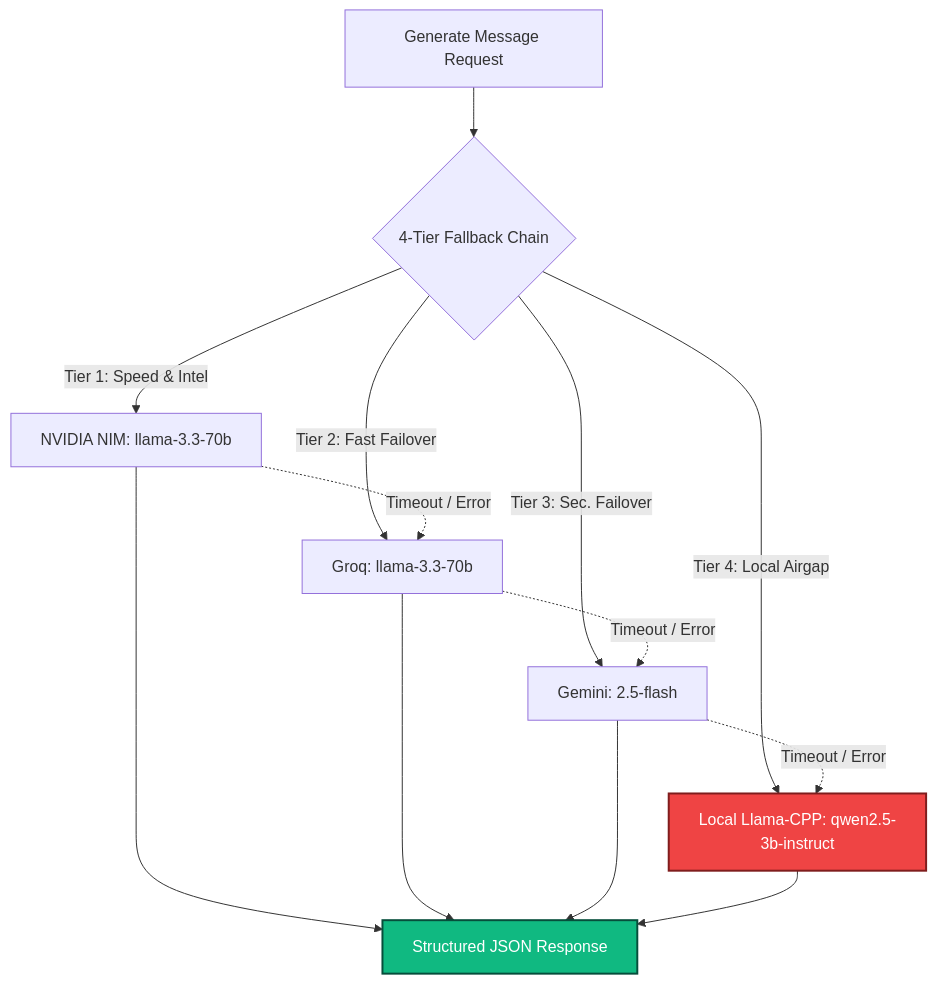
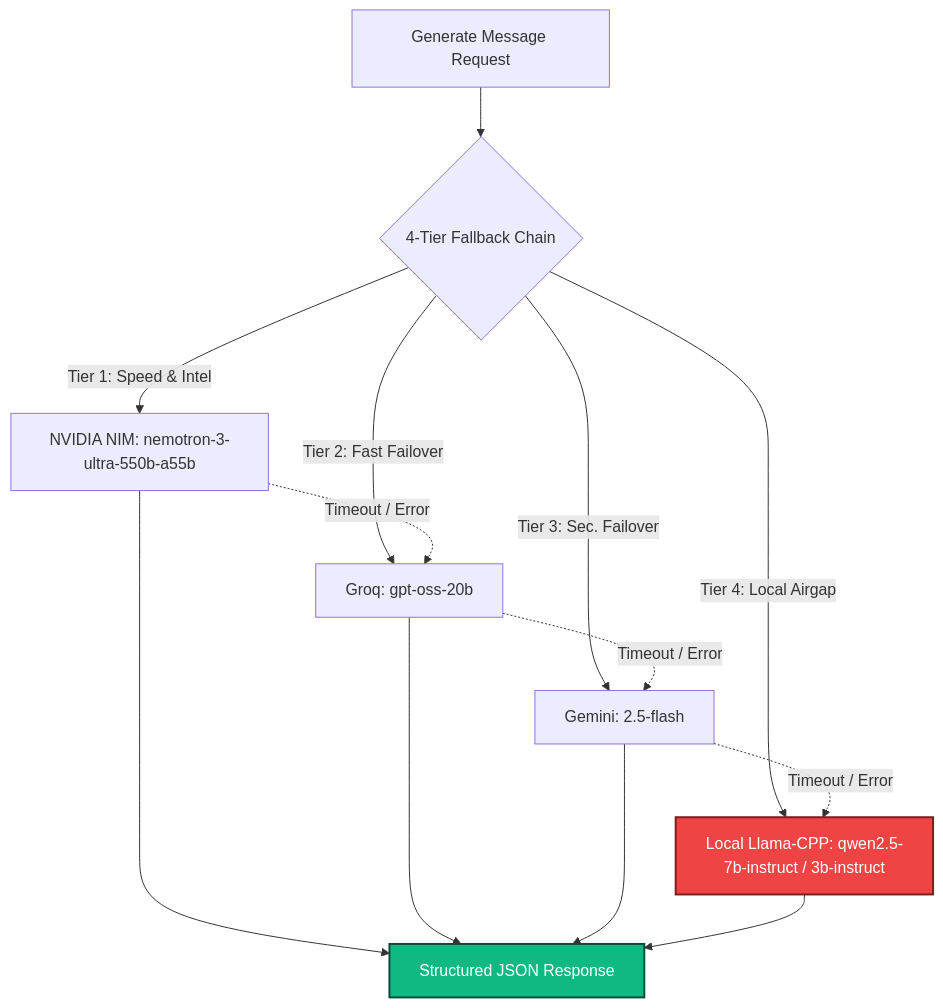
The second of 2 diagrams in architecture.md (IDKHowToCodeFR/vera-engine), drawn with Mermaid before and after one commit. The commit also changed other lines of this file and 1 other file, not shown here.

Commit message:
docs: update architecture and README with actual model strings

````diff
--- a/architecture.md
+++ b/architecture.md
@@ -112,18 +112,18 @@
 ```mermaid
 flowchart TD
     A[Generate Message Request] --> B{4-Tier Fallback Chain}
-    B -->|Tier 1: Speed & Intel| C[NVIDIA NIM: llama-3.3-70b]
-    B -->|Tier 2: Fast Failover| D[Groq: llama-3.3-70b]
+    B -->|Tier 1: Speed & Intel| C[NVIDIA NIM: nemotron-3-ultra-550b-a55b]
+    B -->|Tier 2: Fast Failover| D[Groq: gpt-oss-20b]
     B -->|Tier 3: Sec. Failover| E[Gemini: 2.5-flash]
-    B -->|Tier 4: Local Airgap| F[Local Llama-CPP: qwen2.5-3b-instruct]
+    B -->|Tier 4: Local Airgap| F[Local Llama-CPP: qwen2.5-7b-instruct / 3b-instruct]
 
     C -.->|Timeout / Error| D
     D -.->|Timeout / Error| E
     E -.->|Timeout / Error| F
     
     C & D & E & F --> H[Structured JSON Response]
 
     %% Modern UI Colors
     style F fill:#ef4444,stroke:#7f1d1d,stroke-width:2px,color:#fff
     style H fill:#10b981,stroke:#064e3b,stroke-width:2px,color:#fff
 ```
````
